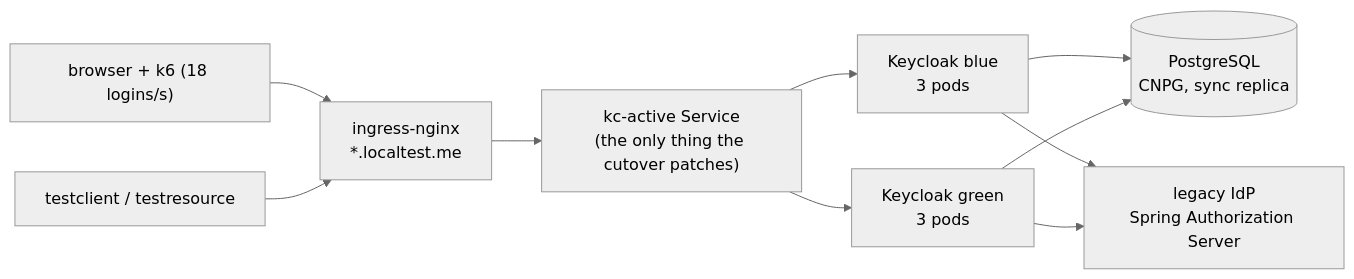
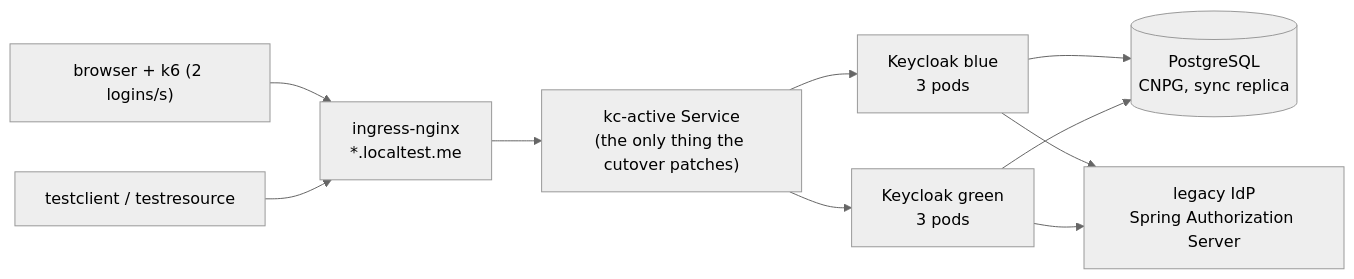
The diagram in README.md (psalg-dev/keycloak-bluegreen), drawn with Mermaid (neutral theme) before and after one commit. The commit also changed other lines of this file and 7 other files, not shown here.

````diff
--- a/README.md
+++ b/README.md
@@ -26,12 +26,12 @@
 ```mermaid
 flowchart LR
-  U["browser + k6 (18 logins/s)"] --> E["ingress-nginx<br/>*.localtest.me"]
+  U["browser + k6 (2 logins/s)"] --> E["ingress-nginx<br/>*.localtest.me"]
   E --> S["kc-active Service<br/>(the only thing the cutover patches)"]
   S --> B["Keycloak blue<br/>3 pods"]
   S --> G["Keycloak green<br/>3 pods"]
   B --> DB[("PostgreSQL<br/>CNPG, sync replica")]
   G --> DB
   B --> L["legacy IdP<br/>Spring Authorization Server"]
   G --> L
   A["testclient / testresource"] --> E
 ```
````
